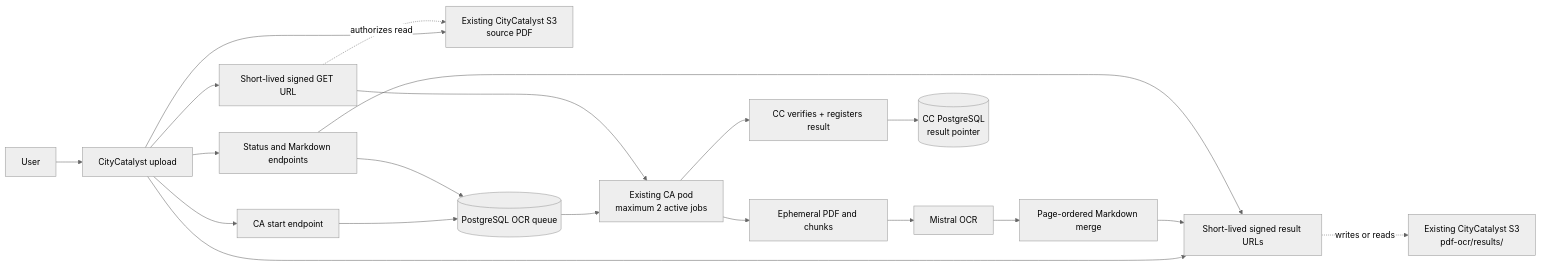
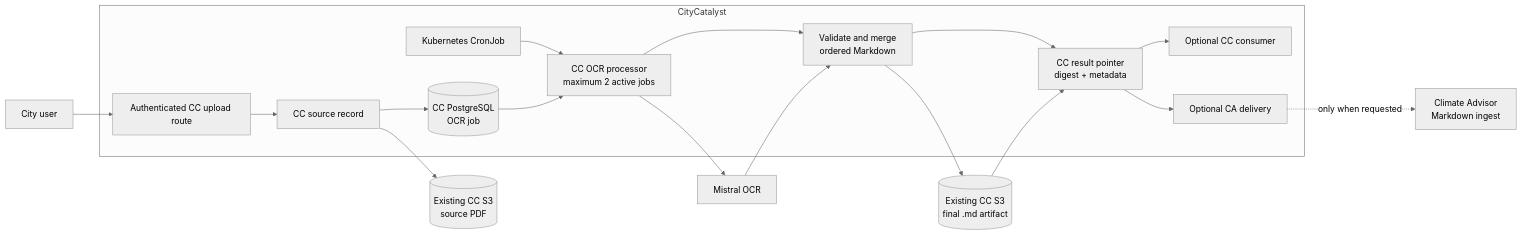
Before and after one commit to Open-Earth-Foundation/CityCatalyst: the diagram in climate-advisor/docs/pdf-ocr-markdown-architecture.md, drawn with Mermaid (neutral theme). The commit also changed other lines of this file and 1 other file, not shown here.

Commit message:
docs: move PDF OCR ownership to CityCatalyst

````diff
--- a/climate-advisor/docs/pdf-ocr-markdown-architecture.md
+++ b/climate-advisor/docs/pdf-ocr-markdown-architecture.md
@@ -62,22 +67,22 @@
 ```mermaid
 flowchart LR
-    User["User"] --> CC["CityCatalyst upload"]
-    CC --> Source["Existing CityCatalyst S3<br/>source PDF"]
-    CC --> Start["CA start endpoint"]
-    Start --> Queue[("PostgreSQL OCR queue")]
-    Queue --> Worker["Existing CA pod\nmaximum 2 active jobs"]
-    CC --> SourceURL["Short-lived signed GET URL"]
-    SourceURL --> Worker
-    SourceURL -. authorizes read .-> Source
-    Worker --> Temp["Ephemeral PDF and chunks"]
-    Temp --> Mistral["Mistral OCR"]
-    Mistral --> Merge["Page-ordered Markdown merge"]
-    CC --> ResultAccess["Short-lived signed result URLs"]
-    Merge --> ResultAccess
-    ResultAccess -. writes or reads .-> Results["Existing CityCatalyst S3<br/>pdf-ocr/results/"]
-    Worker --> Register["CC verifies + registers result"]
-    Register --> ResultRecord[("CC PostgreSQL<br/>result pointer")]
-    CC --> Status["Status and Markdown endpoints"]
-    Status --> Queue
-    Status --> ResultAccess
+    User["City user"] --> Upload["Authenticated CC upload route"]
+
+    subgraph CC["CityCatalyst"]
+        Upload --> SourceRecord["CC source record"]
+        SourceRecord --> Job[("CC PostgreSQL<br/>OCR job")]
+        Cron["Kubernetes CronJob"] --> Processor["CC OCR processor<br/>maximum 2 active jobs"]
+        Job --> Processor
+        Processor --> Merge["Validate and merge<br/>ordered Markdown"]
+        Merge --> ResultRecord["CC result pointer<br/>digest + metadata"]
+        ResultRecord --> DirectConsumer["Optional CC consumer"]
+        ResultRecord --> Delivery["Optional CA delivery"]
+    end
+
+    SourceRecord --> Source[("Existing CC S3<br/>source PDF")]
+    Processor --> Mistral["Mistral OCR"]
+    Mistral --> Merge
+    Merge --> Result[("Existing CC S3<br/>final .md artifact")]
+    Result --> ResultRecord
+    Delivery -. "only when requested" .-> CA["Climate Advisor<br/>Markdown ingest"]
 ```
````
